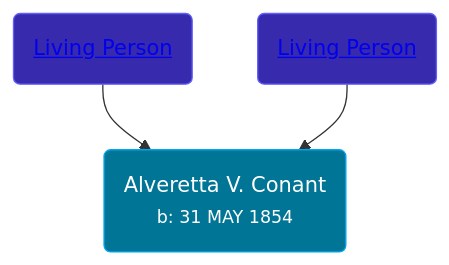
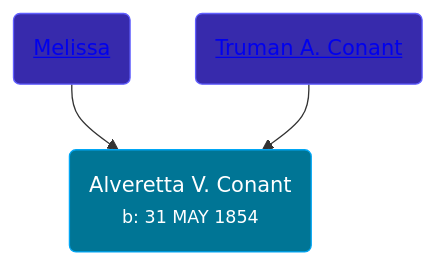
One commit to wpmgotkh/wpmgotkh.github.io changed the diagram in pages/people/6/60109856.md. Above: the diagram before and after it, drawn with Mermaid. The commit also changed other lines of this file and 586 other files, not shown here.

Commit message:
feat: better shouldConsiderPersonLiving algo

````diff
--- a/pages/people/6/60109856.md
+++ b/pages/people/6/60109856.md
@@ -11,9 +11,9 @@
 ```mermaid
 graph
 classDef grands fill:#193cb8,stroke:#2b7fff,stroke-width:1px,color:#fff;
 classDef parents fill:#372aac,stroke:#615fff,stroke-width:1px,color:#fff;
 classDef primary fill:#007595,stroke:#00a6f4,stroke-width:1px,color:#fff;
 60109856(Alveretta V. Conant<br /><small>b: 31 MAY 1854</small>):::primary
-76673536(<a class="text-white" href="/people/7/76673536">Living Person</a>):::parents-->60109856
-67469728(<a class="text-white" href="/people/6/67469728">Living Person</a>):::parents-->60109856
+76673536(<a class="text-white" href="/people/7/76673536">Melissa </a>):::parents-->60109856
+67469728(<a class="text-white" href="/people/6/67469728">Truman A. Conant</a>):::parents-->60109856
 ```
````
